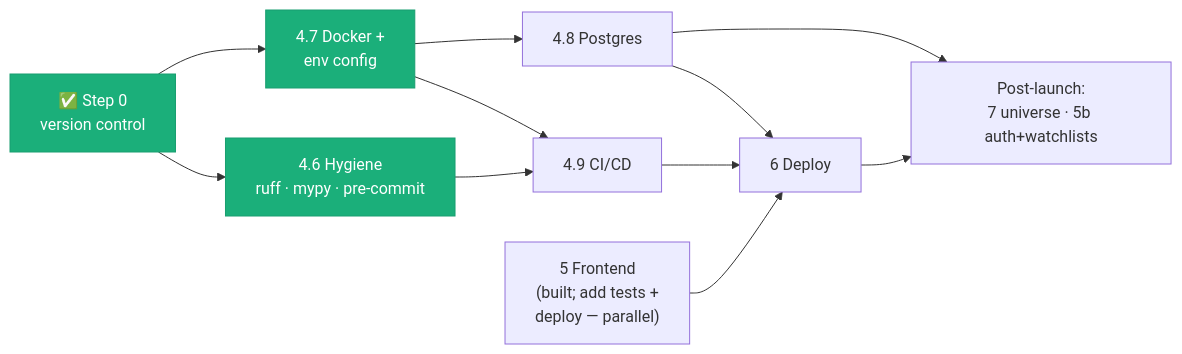
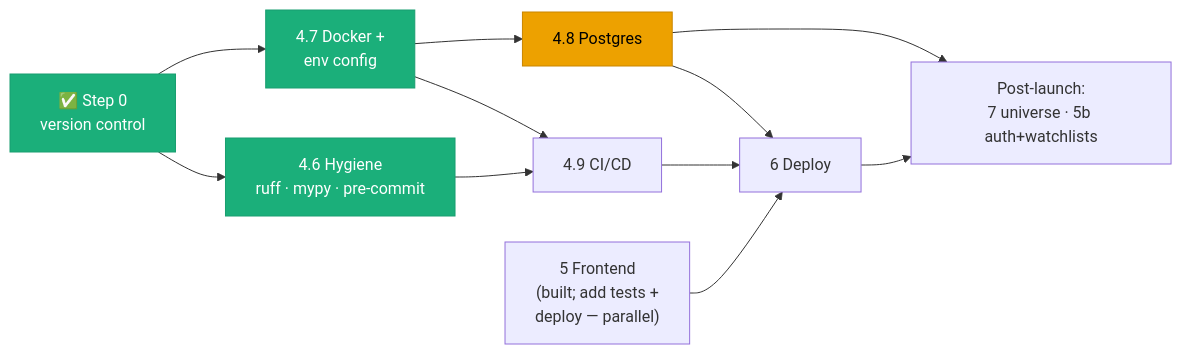
One commit to ankitsree/stock_dependency_tracker changed the diagram in docs/prod_roadmap/production-roadmap.md. Above: the diagram before and after it, drawn with Mermaid. The commit also changed other lines of this file and 23 other files, not shown here.

First line of the commit message:
add postgres repositories (phase 4.8) + fix redundant graph price fetches

````diff
--- a/docs/prod_roadmap/production-roadmap.md
+++ b/docs/prod_roadmap/production-roadmap.md
@@ -70,16 +70,18 @@
 ```mermaid
 flowchart LR
   S0["✅ Step 0<br/>version control"] --> H["4.6 Hygiene<br/>ruff · mypy · pre-commit"]
   S0 --> D["4.7 Docker +<br/>env config"]
   H --> CI["4.9 CI/CD"]
   D --> CI
   D --> DB["4.8 Postgres"]
   DB --> DEP["6 Deploy"]
   CI --> DEP
   FE["5 Frontend<br/>(built; add tests +<br/>deploy — parallel)"] --> DEP
   DEP --> POST["Post-launch:<br/>7 universe · 5b auth+watchlists"]
   DB --> POST
 
   classDef done fill:#1baf7a,stroke:#199e70,color:#fff;
+  classDef partial fill:#eda100,stroke:#c98500,color:#000;
   class S0,H,D done;
+  class DB partial;
 ```
````
